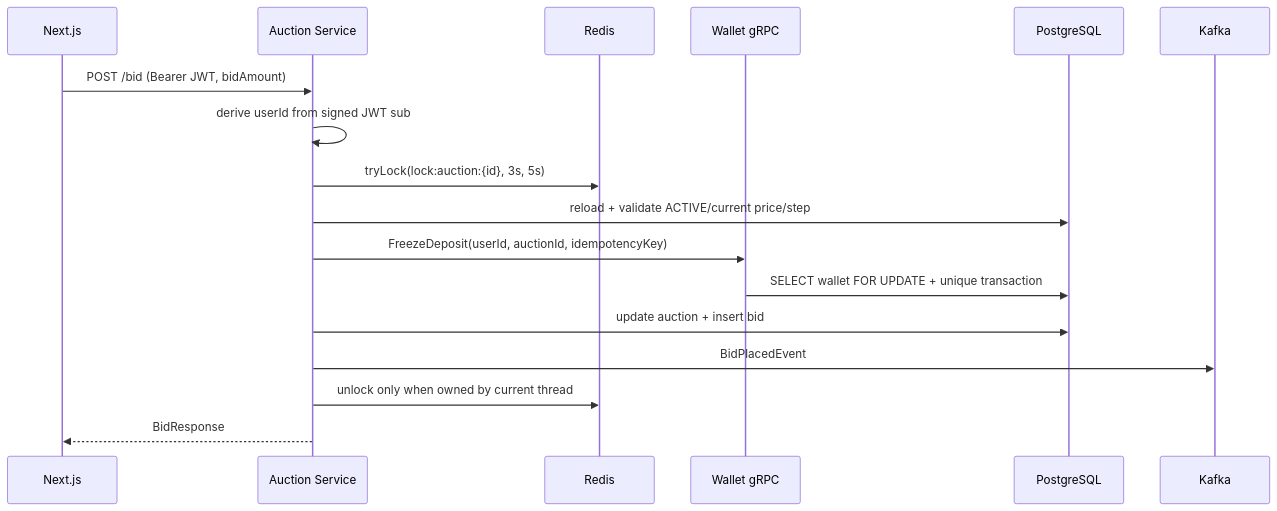
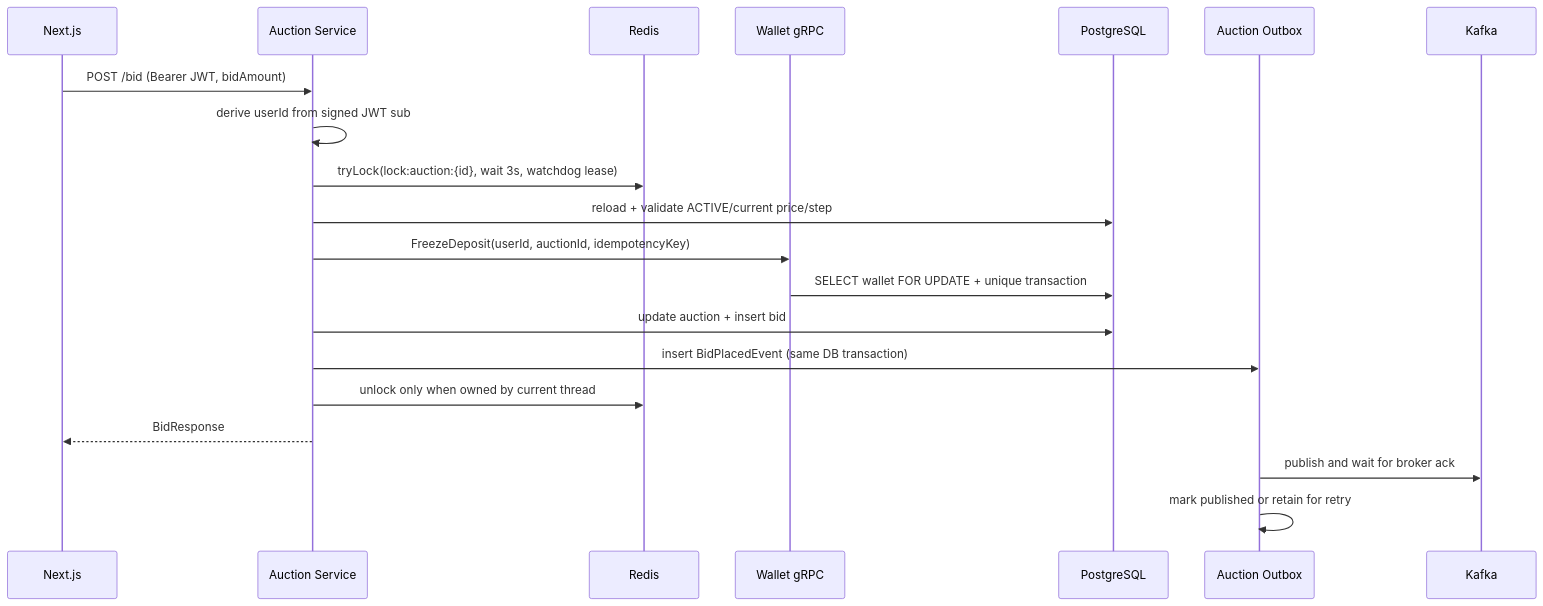
Before and after one commit to okuminhphen/omnibid: the third of 3 diagrams in README.md, drawn with Mermaid. The commit also changed other lines of this file and 3 other files, not shown here.

````diff
--- a/README.md
+++ b/README.md
@@ -87,20 +90,23 @@
 ```mermaid
 sequenceDiagram
     participant UI as Next.js
     participant A as Auction Service
     participant R as Redis
     participant W as Wallet gRPC
     participant DB as PostgreSQL
+    participant O as Auction Outbox
     participant K as Kafka
 
     UI->>A: POST /bid (Bearer JWT, bidAmount)
     A->>A: derive userId from signed JWT sub
-    A->>R: tryLock(lock:auction:{id}, 3s, 5s)
+    A->>R: tryLock(lock:auction:{id}, wait 3s, watchdog lease)
     A->>DB: reload + validate ACTIVE/current price/step
     A->>W: FreezeDeposit(userId, auctionId, idempotencyKey)
     W->>DB: SELECT wallet FOR UPDATE + unique transaction
     A->>DB: update auction + insert bid
-    A->>K: BidPlacedEvent
+    A->>O: insert BidPlacedEvent (same DB transaction)
     A->>R: unlock only when owned by current thread
     A-->>UI: BidResponse
+    O->>K: publish and wait for broker ack
+    O->>O: mark published or retain for retry
 ```
````
